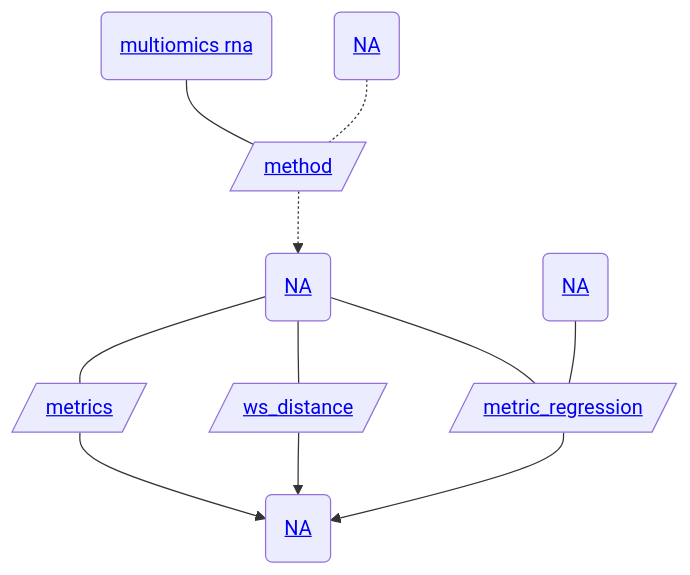
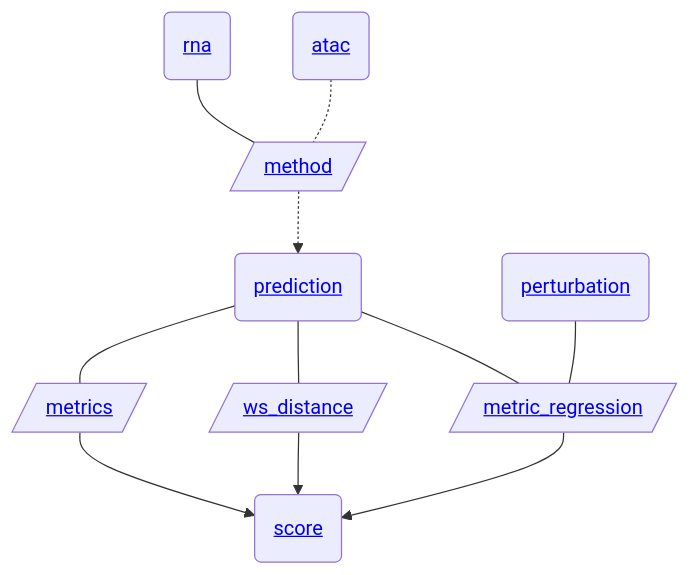
One commit to openproblems-bio/task_grn_inference changed the diagram in README.md. Above: the diagram before and after it, drawn with Mermaid. The commit also changed other lines of this file, not shown here.

````diff
--- a/README.md
+++ b/README.md
@@ -82,22 +47,22 @@
 ``` mermaid
 flowchart TB
-  file_atac_h5ad("<a href='https://github.com/openproblems-bio/task_grn_inference#file-format-NA'>NA</a>")
+  file_atac_h5ad("<a href='https://github.com/openproblems-bio/task_grn_inference#file-format-atac'>atac</a>")
   comp_method[/"<a href='https://github.com/openproblems-bio/task_grn_inference#component-type-method'>method</a>"/]
-  file_prediction_h5ad("<a href='https://github.com/openproblems-bio/task_grn_inference#file-format-NA'>NA</a>")
+  file_prediction_h5ad("<a href='https://github.com/openproblems-bio/task_grn_inference#file-format-prediction'>prediction</a>")
   comp_metric_regression[/"<a href='https://github.com/openproblems-bio/task_grn_inference#component-type-metric-regression'>metric_regression</a>"/]
   comp_metric_ws[/"<a href='https://github.com/openproblems-bio/task_grn_inference#component-type-ws-distance'>ws_distance</a>"/]
   comp_metric[/"<a href='https://github.com/openproblems-bio/task_grn_inference#component-type-metrics'>metrics</a>"/]
-  file_score_h5ad("<a href='https://github.com/openproblems-bio/task_grn_inference#file-format-NA'>NA</a>")
-  file_evaluation_h5ad("<a href='https://github.com/openproblems-bio/task_grn_inference#file-format-NA'>NA</a>")
-  file_rna_h5ad("<a href='https://github.com/openproblems-bio/task_grn_inference#file-format-multiomics-rna'>multiomics rna</a>")
+  file_score_h5ad("<a href='https://github.com/openproblems-bio/task_grn_inference#file-format-score'>score</a>")
+  file_evaluation_h5ad("<a href='https://github.com/openproblems-bio/task_grn_inference#file-format-perturbation'>perturbation</a>")
+  file_rna_h5ad("<a href='https://github.com/openproblems-bio/task_grn_inference#file-format-rna'>rna</a>")
   file_atac_h5ad-.-comp_method
   comp_method-.->file_prediction_h5ad
   file_prediction_h5ad---comp_metric_regression
   file_prediction_h5ad---comp_metric_ws
   file_prediction_h5ad---comp_metric
   comp_metric_regression-->file_score_h5ad
   comp_metric_ws-->file_score_h5ad
   comp_metric-->file_score_h5ad
   file_evaluation_h5ad---comp_metric_regression
   file_rna_h5ad---comp_method
 ```
````
